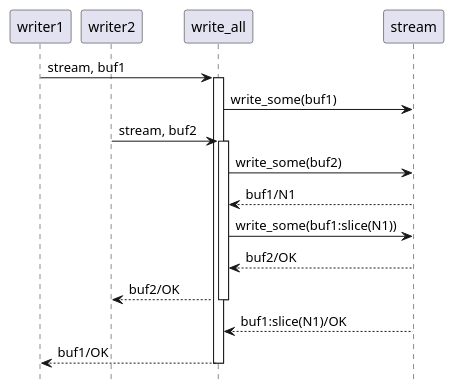
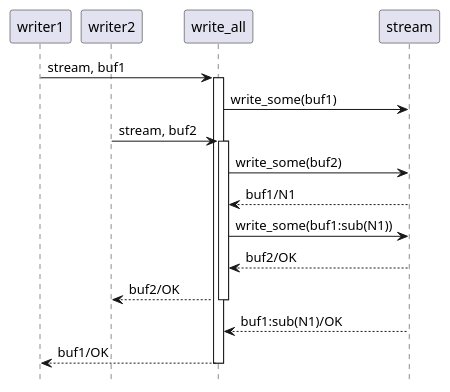
Before and after one commit to manipuladordedados/emilua: the second of 2 diagrams in doc/modules/tutorial/pages/streams.adoc, drawn with PlantUML. The commit also changed other lines of this file and 25 other files, not shown here.

First line of the commit message:
Rename byte_span.slice() to byte_span.sub()

```diff
--- a/doc/modules/tutorial/pages/streams.adoc
+++ b/doc/modules/tutorial/pages/streams.adoc
@@ -149,30 +149,30 @@
 [plantuml, corrupt_stream_on_composed_short_reads]
 ....
 @startuml
 hide footbox
 
 participant writer1
 participant writer2
 participant write_all
 participant stream
 
 writer1 -> write_all : stream, buf1
 activate write_all
 write_all -> stream : write_some(buf1)
 
 writer2 -> write_all : stream, buf2
 activate write_all
 write_all -> stream : write_some(buf2)
 
 stream --> write_all : buf1/N1
-write_all -> stream : write_some(buf1:slice(N1))
+write_all -> stream : write_some(buf1:sub(N1))
 
 stream --> write_all : buf2/OK
 write_all --> writer2 : buf2/OK
 deactivate write_all
 
-stream --> write_all : buf1:slice(N1)/OK
+stream --> write_all : buf1:sub(N1)/OK
 write_all --> writer1 : buf1/OK
 deactivate write_all
 @enduml
 ....
```
